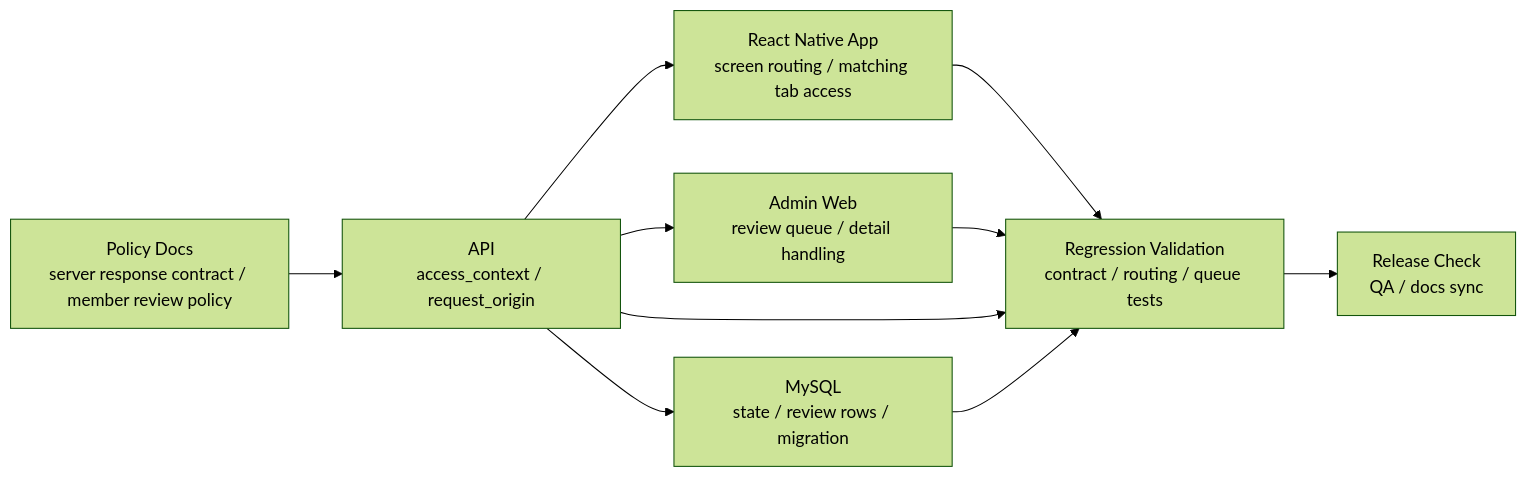
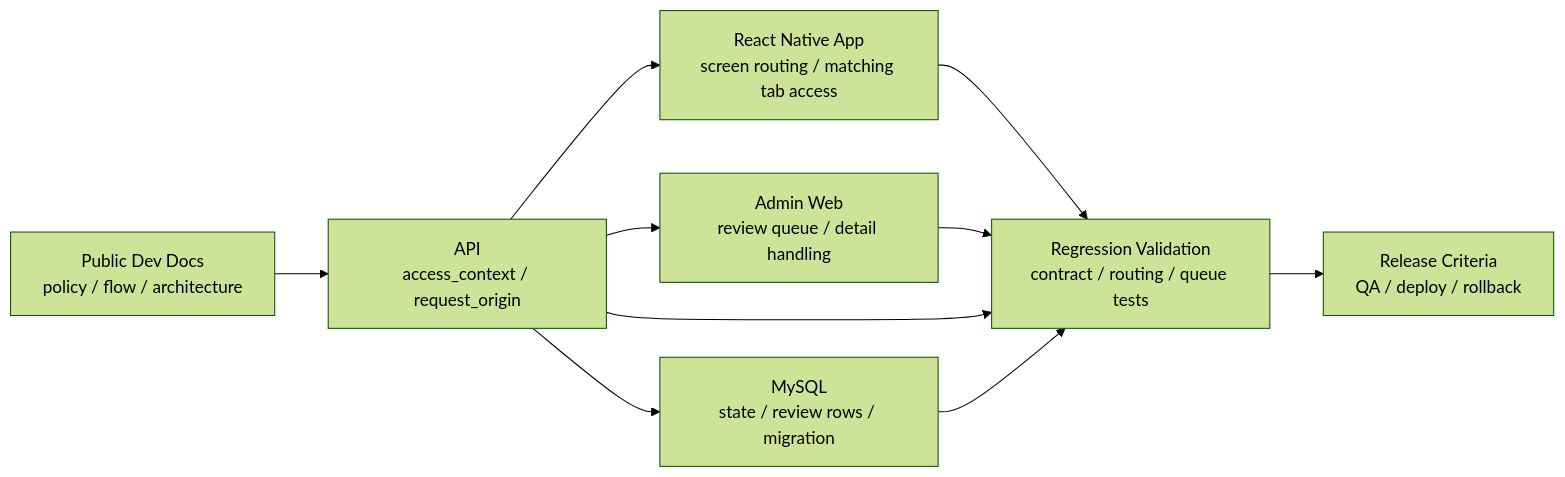
Before and after one commit to zmrdltl/portfolio: the second of 2 diagrams in docs/projects/coupler.en.md, drawn with Mermaid (forest theme). The commit also changed other lines of this file and 5 other files, not shown here.

````diff
--- a/docs/projects/coupler.en.md
+++ b/docs/projects/coupler.en.md
@@ -42,20 +42,20 @@
 ```mermaid
 flowchart LR
-  docs["Policy Docs\nserver response contract / member review policy"]
+  docs["Public Dev Docs\npolicy / flow / architecture"]
   api["API\naccess_context / request_origin"]
   app["React Native App\nscreen routing / matching tab access"]
   admin["Admin Web\nreview queue / detail handling"]
   db["MySQL\nstate / review rows / migration"]
   tests["Regression Validation\ncontract / routing / queue tests"]
-  release["Release Check\nQA / docs sync"]
+  release["Release Criteria\nQA / deploy / rollback"]
 
   docs --> api
   api --> app
   api --> admin
   api --> db
   app --> tests
   admin --> tests
   api --> tests
   db --> tests
   tests --> release
 ```
````
